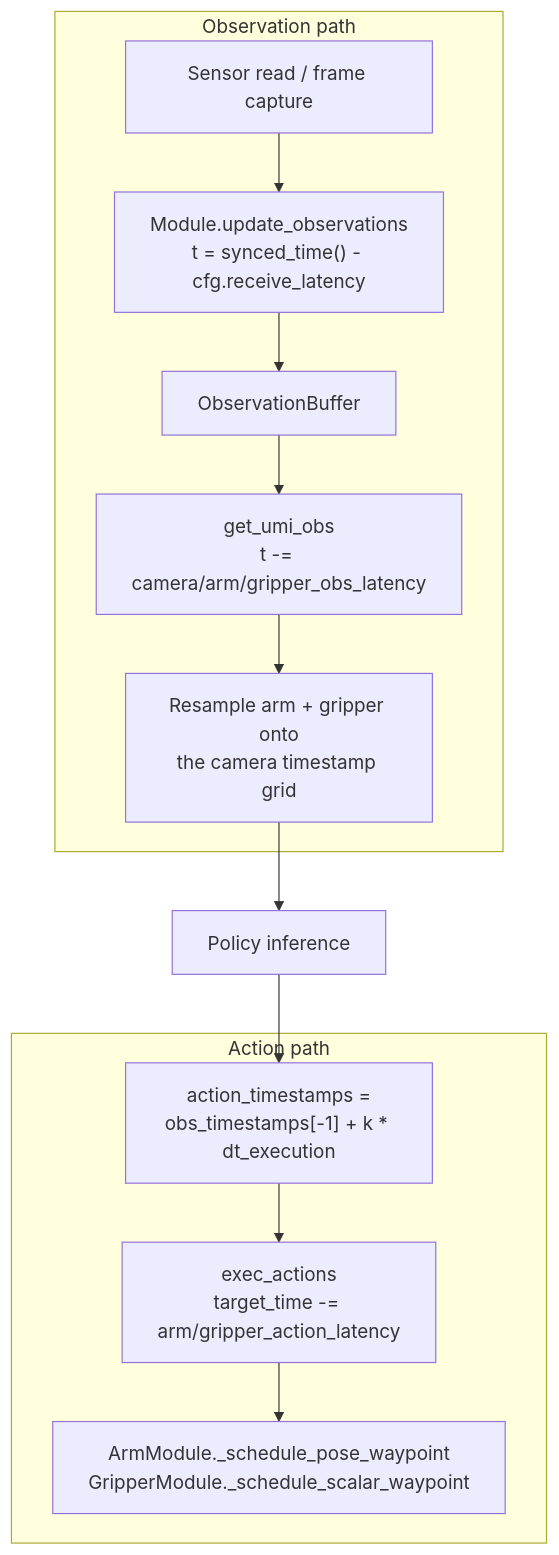
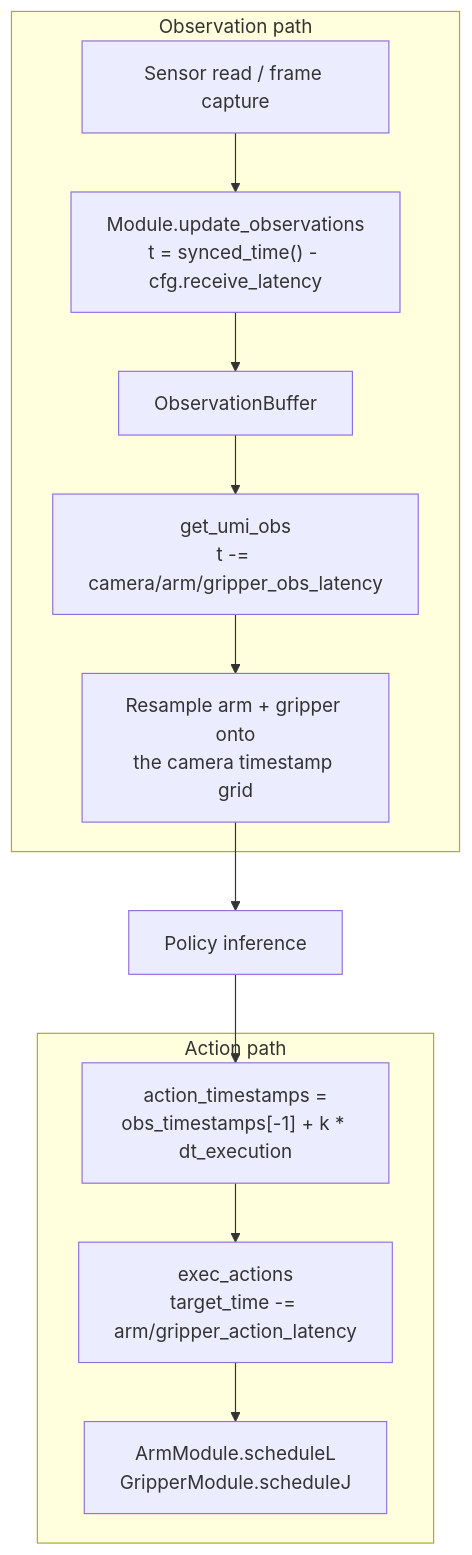
One commit to solarian-dev/solarian changed the diagram in docs/latency/page.mdx. Above: the diagram before and after it, drawn with Mermaid. The commit also changed other lines of this file and 29 other files, not shown here.

First line of the commit message:
Refactor schedule_waypoint for motion commands

````diff
--- a/docs/latency/page.mdx
+++ b/docs/latency/page.mdx
@@ -68,15 +68,15 @@
 ```mermaid
 flowchart TD
     subgraph obs [Observation path]
         cap["Sensor read / frame capture"] --> stamp["Module.update_observations<br/>t = synced_time() - cfg.receive_latency"]
         stamp --> buf["ObservationBuffer"]
         buf --> skill["get_umi_obs<br/>t -= camera/arm/gripper_obs_latency"]
         skill --> align["Resample arm + gripper onto<br/>the camera timestamp grid"]
     end
     align --> infer["Policy inference"]
     infer --> chunk["action_timestamps =<br/>obs_timestamps[-1] + k * dt_execution"]
     subgraph act [Action path]
         chunk --> comp["exec_actions<br/>target_time -= arm/gripper_action_latency"]
-        comp --> sched["ArmModule._schedule_pose_waypoint<br/>GripperModule._schedule_scalar_waypoint"]
+        comp --> sched["ArmModule.scheduleL<br/>GripperModule.scheduleJ"]
     end
 ```
````
